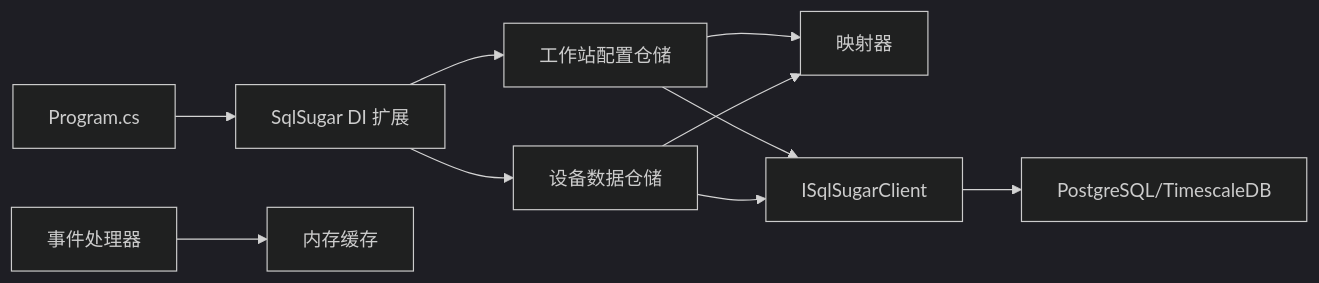
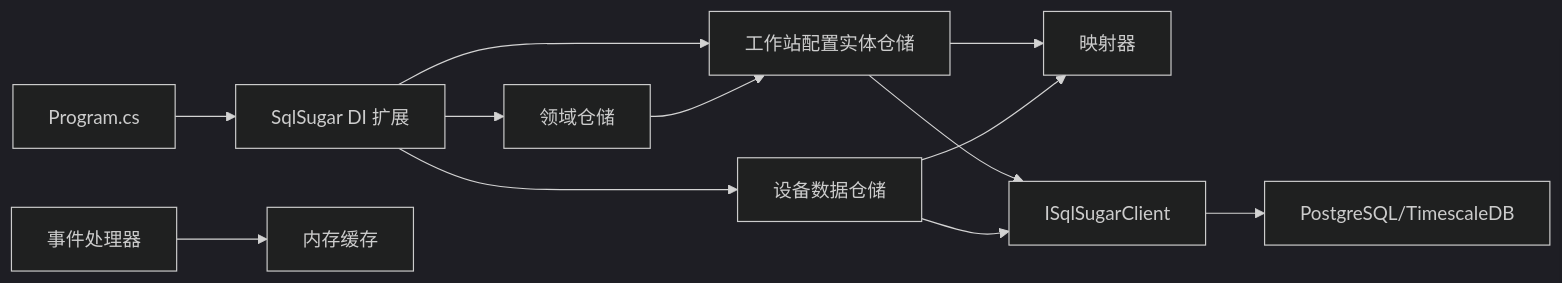
Before and after one commit to whitemousetl/IndustrialDataSolution: the ninth of 9 diagrams in .qoder/repowiki/zh/content/数据持久化/数据持久化.md, drawn with Mermaid (dark theme). The commit also changed other lines of this file and 18 other files, not shown here.

````diff
--- a/.qoder/repowiki/zh/content/数据持久化/数据持久化.md
+++ b/.qoder/repowiki/zh/content/数据持久化/数据持久化.md
@@ -309,12 +370,14 @@
 ```mermaid
 graph LR
 Program["Program.cs"] --> DI["SqlSugar DI 扩展"]
-DI --> RepoWS["工作站配置仓储"]
+DI --> RepoWS["工作站配置实体仓储"]
 DI --> RepoED["设备数据仓储"]
+DI --> EndRepo["领域仓储"]
 RepoWS --> Mapper["映射器"]
 RepoED --> Mapper
+EndRepo --> RepoWS
 RepoWS --> DB["ISqlSugarClient"]
 RepoED --> DB
 DB --> PG["PostgreSQL/TimescaleDB"]
 AppEvents["事件处理器"] --> Cache["内存缓存"]
 ```
````
